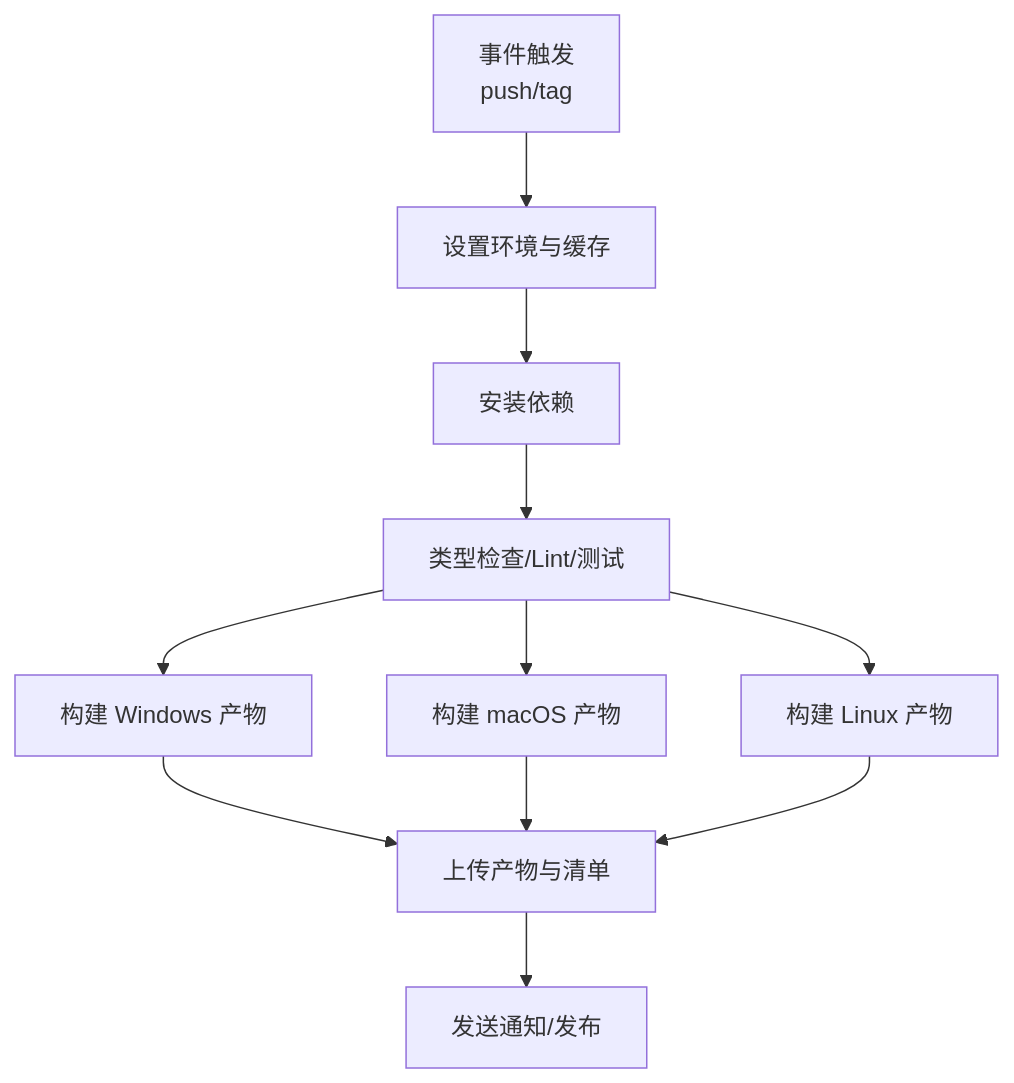
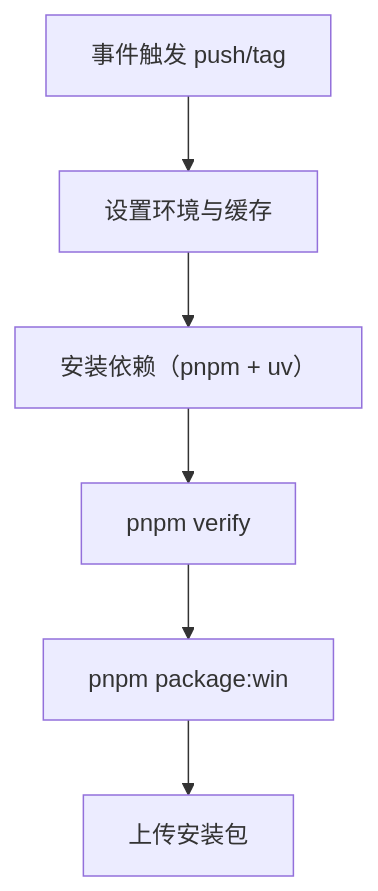
The fifth of 5 diagrams in .repowiki/zh/content/部署发布.md (Azusa010/personal-agent), drawn with Mermaid before and after one commit. The commit also changed other lines of this file and 40 other files, not shown here.

````diff
--- a/.repowiki/zh/content/部署发布.md
+++ b/.repowiki/zh/content/部署发布.md
@@ -278,13 +262,8 @@
 ```mermaid
 flowchart TD
-Trigger["事件触发<br/>push/tag"] --> Setup["设置环境与缓存"]
-Setup --> Install["安装依赖"]
-Install --> Verify["类型检查/Lint/测试"]
-Verify --> BuildWin["构建 Windows 产物"]
-Verify --> BuildMac["构建 macOS 产物"]
-Verify --> BuildLinux["构建 Linux 产物"]
-BuildWin --> Upload["上传产物与清单"]
-BuildMac --> Upload
-BuildLinux --> Upload
-Upload --> Notify["发送通知/发布"]
+Trigger["事件触发 push/tag"] --> Setup["设置环境与缓存"]
+Setup --> Install["安装依赖（pnpm + uv）"]
+Install --> Verify["pnpm verify"]
+Verify --> Package["pnpm package:win"]
+Package --> Upload["上传安装包"]
 ```
````
